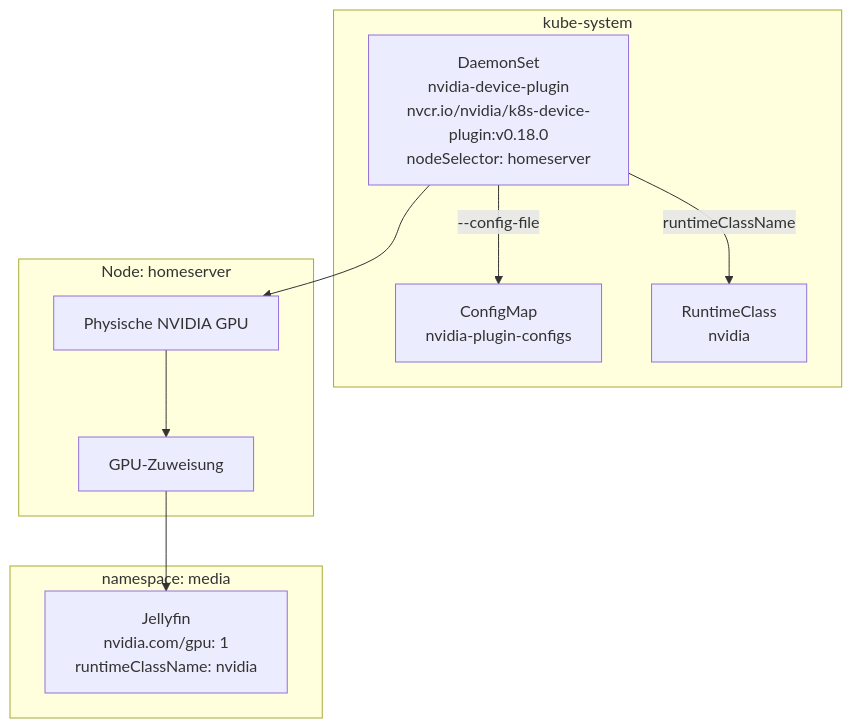
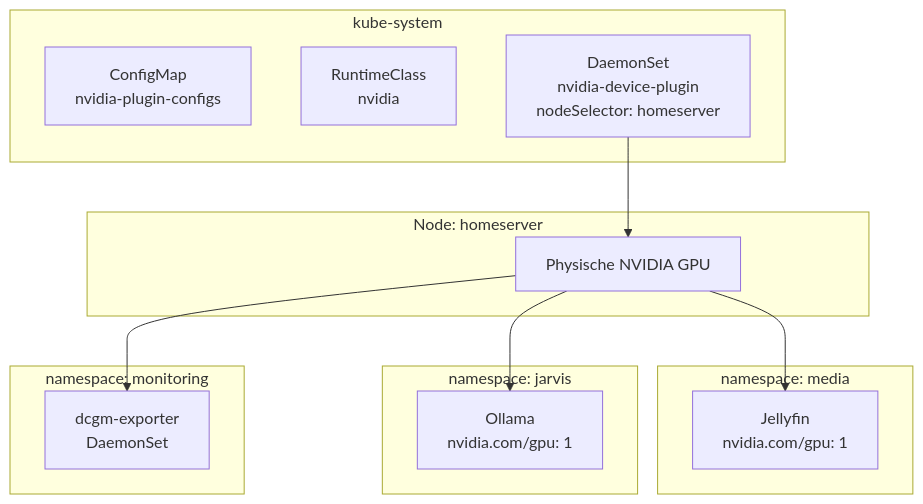
One commit to JanikHenz/my-homelab changed the seventh of 7 diagrams in README.md. Above: the diagram before and after it, drawn with Mermaid. The commit also changed other lines of this file, not shown here.

````diff
--- a/README.md
+++ b/README.md
@@ -427,23 +584,29 @@
 ```mermaid
 flowchart TD
     subgraph KUBE_SYSTEM["kube-system"]
         CM["ConfigMap\nnvidia-plugin-configs"]
         RC["RuntimeClass\nnvidia"]
-        DS["DaemonSet\nnvidia-device-plugin\nnvcr.io/nvidia/k8s-device-plugin:v0.18.0\nnodeSelector: homeserver"]
-        DS -->|"--config-file"| CM
-        DS -->|"runtimeClassName"| RC
+        DS["DaemonSet\nnvidia-device-plugin\nnodeSelector: homeserver"]
     end
 
     subgraph NODE["Node: homeserver"]
         GPU_HW["Physische NVIDIA GPU"]
-        SLOT1["GPU-Zuweisung"]
-        GPU_HW --> SLOT1
     end
 
     subgraph MEDIA["namespace: media"]
-        JF["Jellyfin\nnvidia.com/gpu: 1\nruntimeClassName: nvidia"]
+        JF["Jellyfin\nnvidia.com/gpu: 1"]
+    end
+
+    subgraph JARVIS["namespace: jarvis"]
+        OL["Ollama\nnvidia.com/gpu: 1"]
+    end
+
+    subgraph MON["namespace: monitoring"]
+        DCGM["dcgm-exporter\nDaemonSet"]
     end
 
     DS --> GPU_HW
-    SLOT1 --> JF
+    GPU_HW --> JF
+    GPU_HW --> OL
+    GPU_HW --> DCGM
 ```
````
